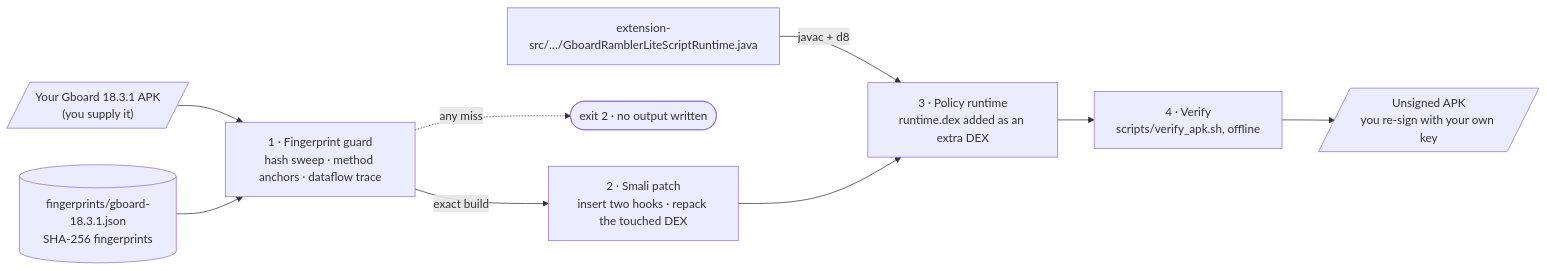
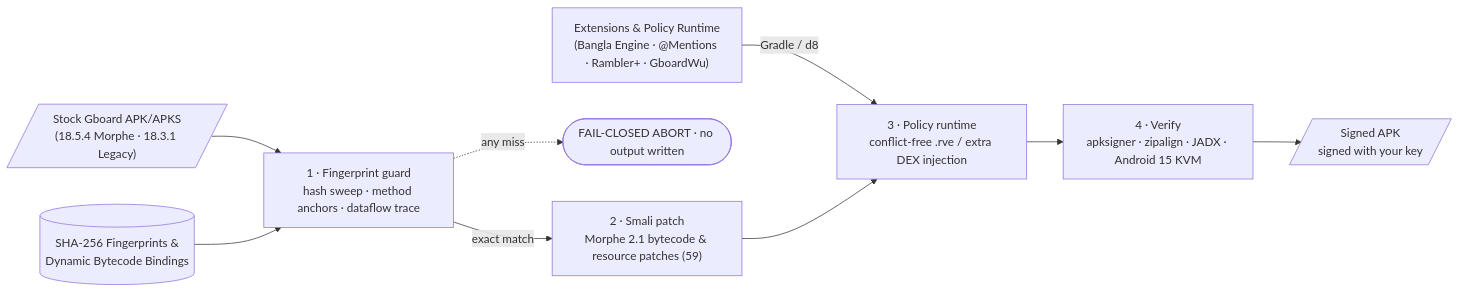
One commit to muhib-karim/Rambler-Bangla changed the diagram in README.md. Above: the diagram before and after it, drawn with Mermaid. The commit also changed other lines of this file and 2 other files, not shown here.

First line of the commit message:
docs: production-grade GitHub homepage with v31.2.0 banners, feature showcase, and Morphe setup (#35)

````diff
--- a/README.md
+++ b/README.md
@@ -331,12 +282,12 @@
 ```mermaid
 flowchart LR
-    APK[/"Your Gboard 18.3.1 APK<br/>(you supply it)"/] --> G
-    PROF[("fingerprints/gboard-18.3.1.json<br/>SHA-256 fingerprints")] --> G
+    APK[/"Stock Gboard APK/APKS<br/>(18.5.4 Morphe · 18.3.1 Legacy)"/] --> G
+    PROF[("SHA-256 Fingerprints &amp;<br/>Dynamic Bytecode Bindings")] --> G
     G["1 · Fingerprint guard<br/>hash sweep · method anchors · dataflow trace"]
-    G -->|exact build| P["2 · Smali patch<br/>insert two hooks · repack the touched DEX"]
-    G -. any miss .-> STOP(["exit 2 · no output written"])
-    JAVA["extension-src/…/GboardRamblerLiteScriptRuntime.java"] -->|javac + d8| R
-    P --> R["3 · Policy runtime<br/>runtime.dex added as an extra DEX"]
-    R --> V["4 · Verify<br/>scripts/verify_apk.sh, offline"]
-    V --> OUT[/"Unsigned APK<br/>you re-sign with your own key"/]
+    G -->|exact match| P["2 · Smali patch<br/>Morphe 2.1 bytecode &amp; resource patches (59)"]
+    G -. any miss .-> STOP(["FAIL-CLOSED ABORT · no output written"])
+    JAVA["Extensions &amp; Policy Runtime<br/>(Bangla Engine · @Mentions · Rambler+ · GboardWu)"] -->|Gradle / d8| R
+    P --> R["3 · Policy runtime<br/>conflict-free .rve / extra DEX injection"]
+    R --> V["4 · Verify<br/>apksigner · zipalign · JADX · Android 15 KVM"]
+    V --> OUT[/"Signed APK<br/>signed with your key"/]
 ```
````
